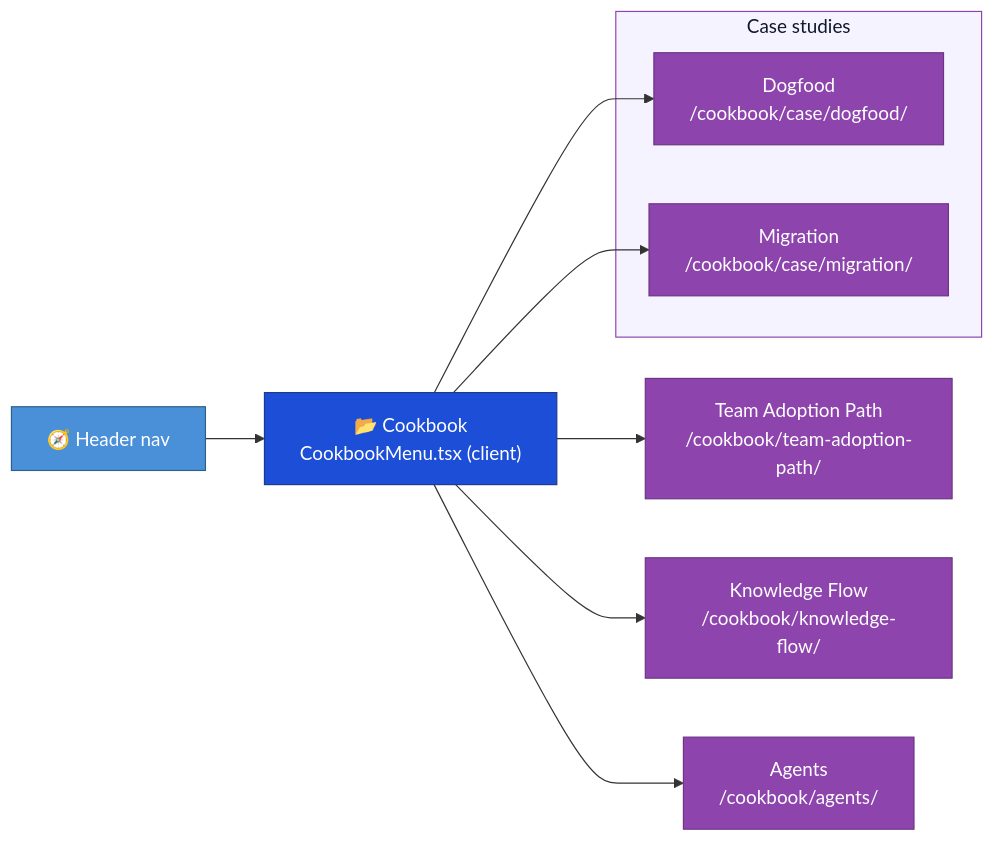
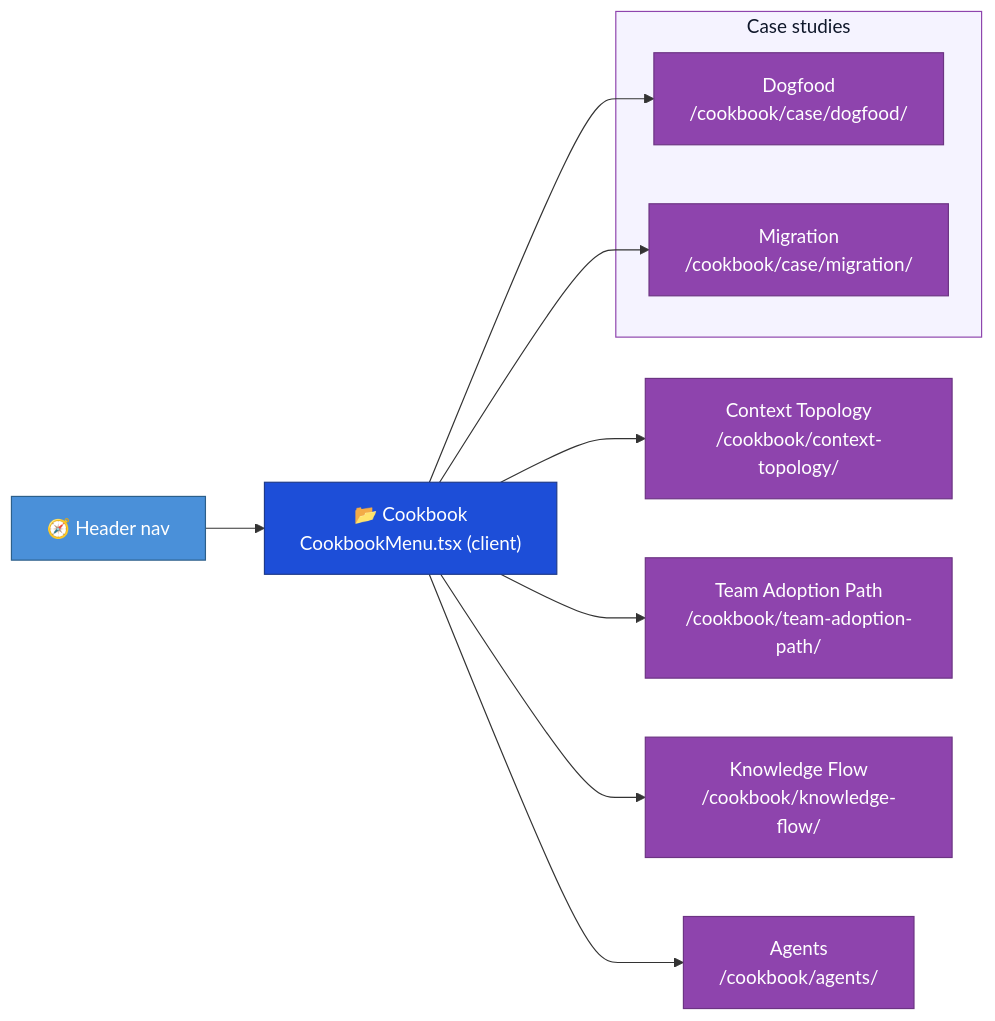
One commit to DataArt/artisyn-implementation-harness changed the second of 2 diagrams in docs/System Architecture (LLD)/Web Explorer/00. Overview.md. Above: the diagram before and after it, drawn with Mermaid. The commit also changed other lines of this file and 8 other files, not shown here.

Commit message:
docs(web-explorer): describe the context topology page

````diff
--- a/docs/System Architecture (LLD)/Web Explorer/00. Overview.md
+++ b/docs/System Architecture (LLD)/Web Explorer/00. Overview.md
@@ -95,24 +96,26 @@
 ```mermaid
 flowchart LR
     NAV["🧭 Header nav"]:::app
     CB["📂 Cookbook\nCookbookMenu.tsx (client)"]:::views
+    CT["Context Topology\n/cookbook/context-topology/"]:::registry
     TAP["Team Adoption Path\n/cookbook/team-adoption-path/"]:::registry
     KF["Knowledge Flow\n/cookbook/knowledge-flow/"]:::registry
     AG["Agents\n/cookbook/agents/"]:::registry
     subgraph CASE ["  Case studies  "]
         DF["Dogfood\n/cookbook/case/dogfood/"]:::registry
         MG["Migration\n/cookbook/case/migration/"]:::registry
     end
 
     NAV --> CB
+    CB --> CT
     CB --> TAP
     CB --> KF
     CB --> AG
     CB --> DF
     CB --> MG
 
     classDef app      fill:#4A90D9,stroke:#2C5F8A,color:#fff
     classDef views    fill:#1D4ED8,stroke:#1e3a8a,color:#fff
     classDef registry fill:#8E44AD,stroke:#6C3483,color:#fff
     style CASE fill:#F5F3FF,stroke:#8E44AD,color:#0f172a
 ```
````
